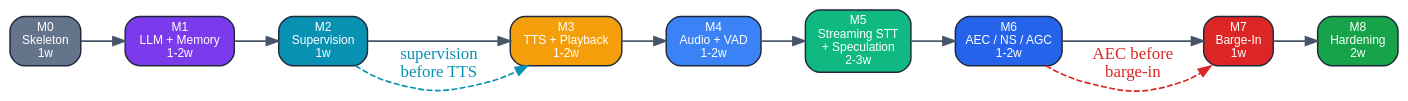
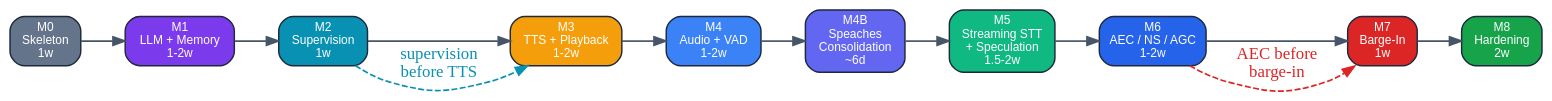
One commit to agutikov/lclva changed the sixth of 6 diagrams in plans/project_design.md. Above: the diagram before and after it, drawn with Graphviz. The commit also changed other lines of this file and 5 other files, not shown here.

````diff
--- a/plans/project_design.md
+++ b/plans/project_design.md
@@ -740,23 +740,24 @@
 ```dot
 digraph Milestones {
   rankdir=LR; bgcolor="transparent"; pad=0.3;
   node [style="filled,rounded", shape=box, fontname="Helvetica", fontsize=10, penwidth=1.2, color="#1E293B"];
   edge [color="#475569", penwidth=1.4];
 
   M0 [fillcolor="#64748B", fontcolor=white, label="M0\nSkeleton\n1w"];
   M1 [fillcolor="#7C3AED", fontcolor=white, label="M1\nLLM + Memory\n1-2w"];
   M2 [fillcolor="#0891B2", fontcolor=white, label="M2\nSupervision\n1w"];
   M3 [fillcolor="#F59E0B", fontcolor=white, label="M3\nTTS + Playback\n1-2w"];
-  M4 [fillcolor="#3B82F6", fontcolor=white, label="M4\nAudio + VAD\n1-2w"];
-  M5 [fillcolor="#10B981", fontcolor=white, label="M5\nStreaming STT\n+ Speculation\n2-3w"];
-  M6 [fillcolor="#2563EB", fontcolor=white, label="M6\nAEC / NS / AGC\n1-2w"];
-  M7 [fillcolor="#DC2626", fontcolor=white, label="M7\nBarge-In\n1w"];
-  M8 [fillcolor="#16A34A", fontcolor=white, label="M8\nHardening\n2w"];
+  M4  [fillcolor="#3B82F6", fontcolor=white, label="M4\nAudio + VAD\n1-2w"];
+  M4B [fillcolor="#6366F1", fontcolor=white, label="M4B\nSpeaches\nConsolidation\n~6d"];
+  M5  [fillcolor="#10B981", fontcolor=white, label="M5\nStreaming STT\n+ Speculation\n1.5-2w"];
+  M6  [fillcolor="#2563EB", fontcolor=white, label="M6\nAEC / NS / AGC\n1-2w"];
+  M7  [fillcolor="#DC2626", fontcolor=white, label="M7\nBarge-In\n1w"];
+  M8  [fillcolor="#16A34A", fontcolor=white, label="M8\nHardening\n2w"];
 
-  M0 -> M1 -> M2 -> M3 -> M4 -> M5 -> M6 -> M7 -> M8;
+  M0 -> M1 -> M2 -> M3 -> M4 -> M4B -> M5 -> M6 -> M7 -> M8;
 
   // Highlight critical reorderings
   M2 -> M3 [label="supervision\nbefore TTS", fontcolor="#0891B2", color="#0891B2", style=dashed, constraint=false];
   M6 -> M7 [label="AEC before\nbarge-in", fontcolor="#DC2626", color="#DC2626", style=dashed, constraint=false];
 }
 ```
````
